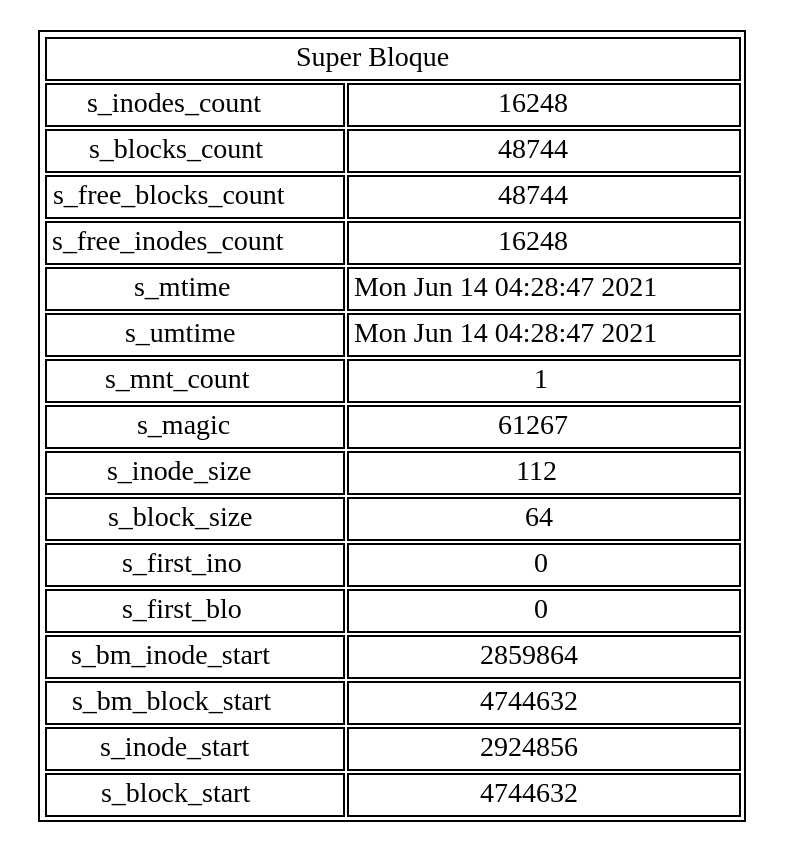
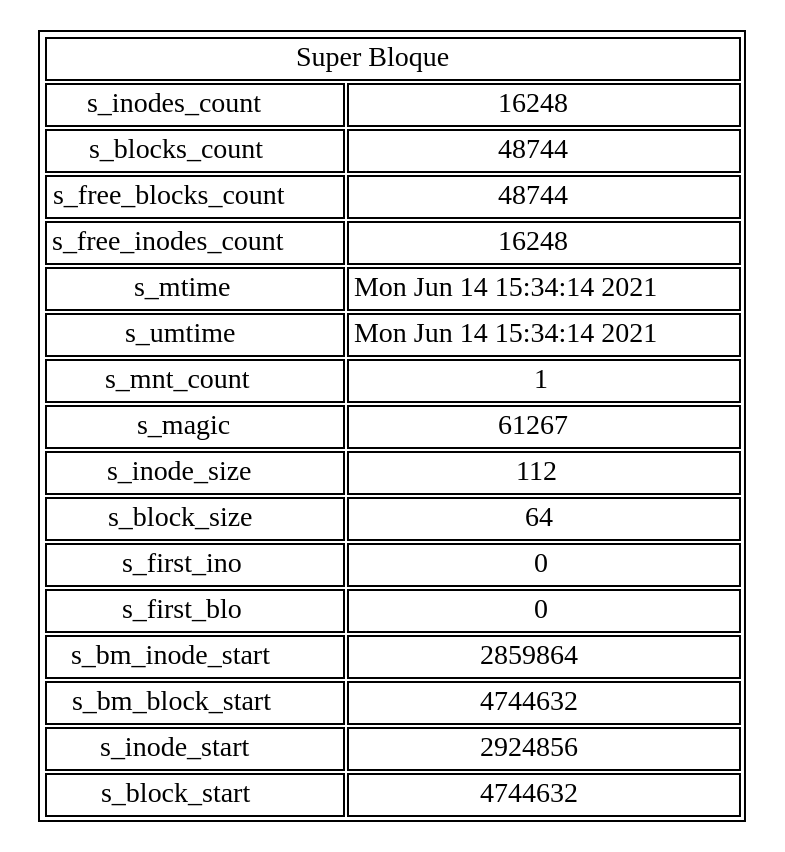
The diagram in sb.dot (Audrie8a/MIA_P1_201801263), drawn with Graphviz before and after one commit. The commit also changed 6 other files, not shown here.

```diff
--- a/sb.dot
+++ b/sb.dot
@@ -1,75 +1,75 @@
 digraph g{
 	     nodo [ shape=plaintext label=<
 	 	        <table border='1' cellborder='1'>
 	 	 	            <tr>
 	 	 	 	               <td colspan="2" >Super Bloque</td>
 	 	 	            </tr>
 	 	 	            <tr>
 	 	 	 	               <td>s_inodes_count</td>
 	 	 	 	               <td>16248</td>
 	 	 	            </tr>
 	 	 	            <tr>
 	 	 	 	               <td>s_blocks_count</td>
 	 	 	 	               <td>48744</td>
 	 	 	            </tr>
 	 	 	            <tr>
 	 	 	 	               <td>s_free_blocks_count</td>
 	 	 	 	               <td>48744</td>
 	 	 	            </tr>
 	 	 	            <tr>
 	 	 	 	                <td>s_free_inodes_count</td>
 	 	 	 	                <td>16248</td>
 	 	 	            </tr>
 	 	 	            <tr>
 	 	 	 	                <td>s_mtime</td>
-	 	 	 	                <td>Mon Jun 14 04:28:47 2021
+	 	 	 	                <td>Mon Jun 14 15:34:14 2021
 </td>
 	 	 	            </tr>
 	 	 	            <tr>
 	 	 	 	                <td>s_umtime</td>
-	 	 	 	                <td>Mon Jun 14 04:28:47 2021
+	 	 	 	                <td>Mon Jun 14 15:34:14 2021
 </td>
 	 	 	            </tr>
 	 	 	            <tr>
 	 	 	 	                <td>s_mnt_count</td>
 	 	 	 	                <td>1</td>
 	 	 	            </tr>
 	 	 	            <tr>
 	 	 	 	                <td>s_magic</td>
 	 	 	 	                <td>61267</td>
 	 	 	            </tr>
 	 	 	            <tr>
 	 	 	 	                <td>s_inode_size</td>
 	 	 	 	                <td>112</td>
 	 	 	            </tr>
 	 	 	            <tr>
 	 	 	 	                <td>s_block_size</td>
 	 	 	 	                <td>64</td>
 	 	 	            </tr>
 	 	 	            <tr>
 	 	 	 	                <td>s_first_ino</td>
 	 	 	 	                <td>0</td>
 	 	 	            </tr>
 	 	 	            <tr>
 	 	 	 	                <td>s_first_blo</td>
 	 	 	 	                <td>0</td>
 	 	 	            </tr>
 	 	 	            <tr>
 	 	 	 	                <td>s_bm_inode_start</td>
 	 	 	 	                <td>2859864</td>
 	 	 	            </tr>
 	 	 	            <tr>
 	 	 	 	                <td>s_bm_block_start</td>
 	 	 	 	                <td>4744632</td>
 	 	 	            </tr>
 	 	 	            <tr>
 	 	 	 	                <td>s_inode_start</td>
 	 	 	 	                <td>2924856</td>
 	 	 	            </tr>
 	 	 	            <tr>
 	 	 	 	                <td>s_block_start</td>
 	 	 	 	                <td>4744632</td>
 	 	 	            </tr>
 	 	        </table>
 	     >];
 }
```
